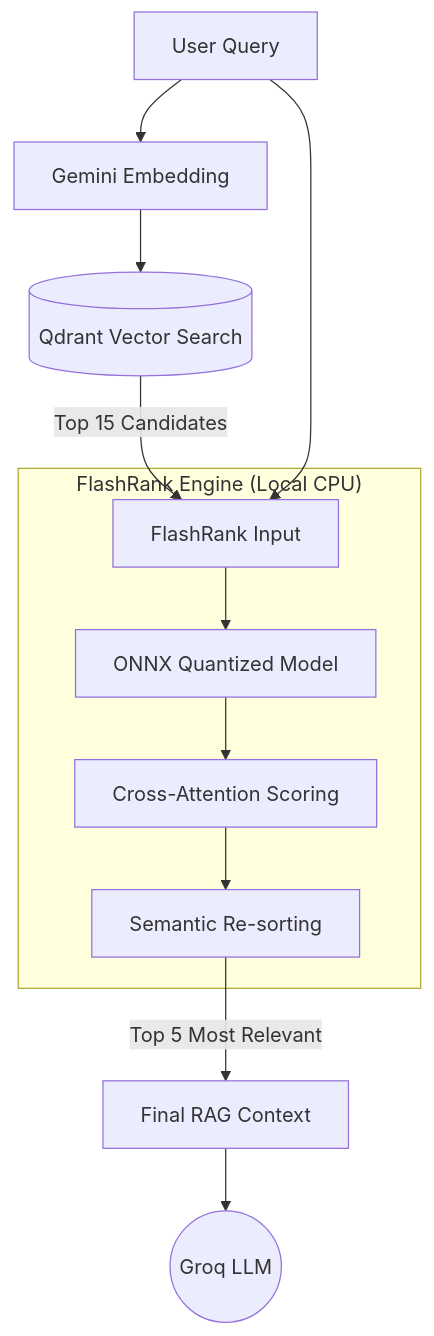
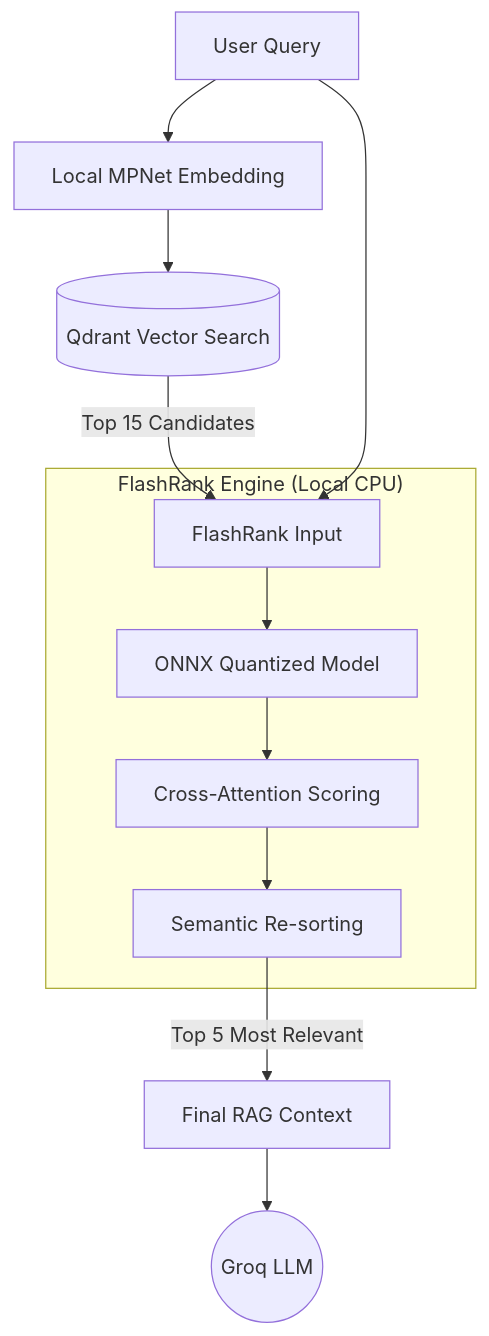
One commit to krunalp1908/Build-Production-Grade-RAG---Application changed the diagram in DOCS/07_FLASHRANK_RERANKING.md. Above: the diagram before and after it, drawn with Mermaid. The commit also changed other lines of this file and 12 other files, not shown here.

````diff
--- a/DOCS/07_FLASHRANK_RERANKING.md
+++ b/DOCS/07_FLASHRANK_RERANKING.md
@@ -27,16 +27,16 @@
 ```mermaid
 graph TD
-    Query[User Query] --> Embed[Gemini Embedding]
+    Query[User Query] --> Embed[Local MPNet Embedding]
     Embed --> Qdrant[(Qdrant Vector Search)]
     Qdrant -->|Top 15 Candidates| FR_Input[FlashRank Input]
     Query --> FR_Input
     
     subgraph "FlashRank Engine (Local CPU)"
         FR_Input --> ONNX[ONNX Quantized Model]
         ONNX --> Scoring[Cross-Attention Scoring]
         Scoring --> Reorder[Semantic Re-sorting]
     end
     
     Reorder -->|Top 5 Most Relevant| Final_Context[Final RAG Context]
     Final_Context --> LLM((Groq LLM))
 ```
````
